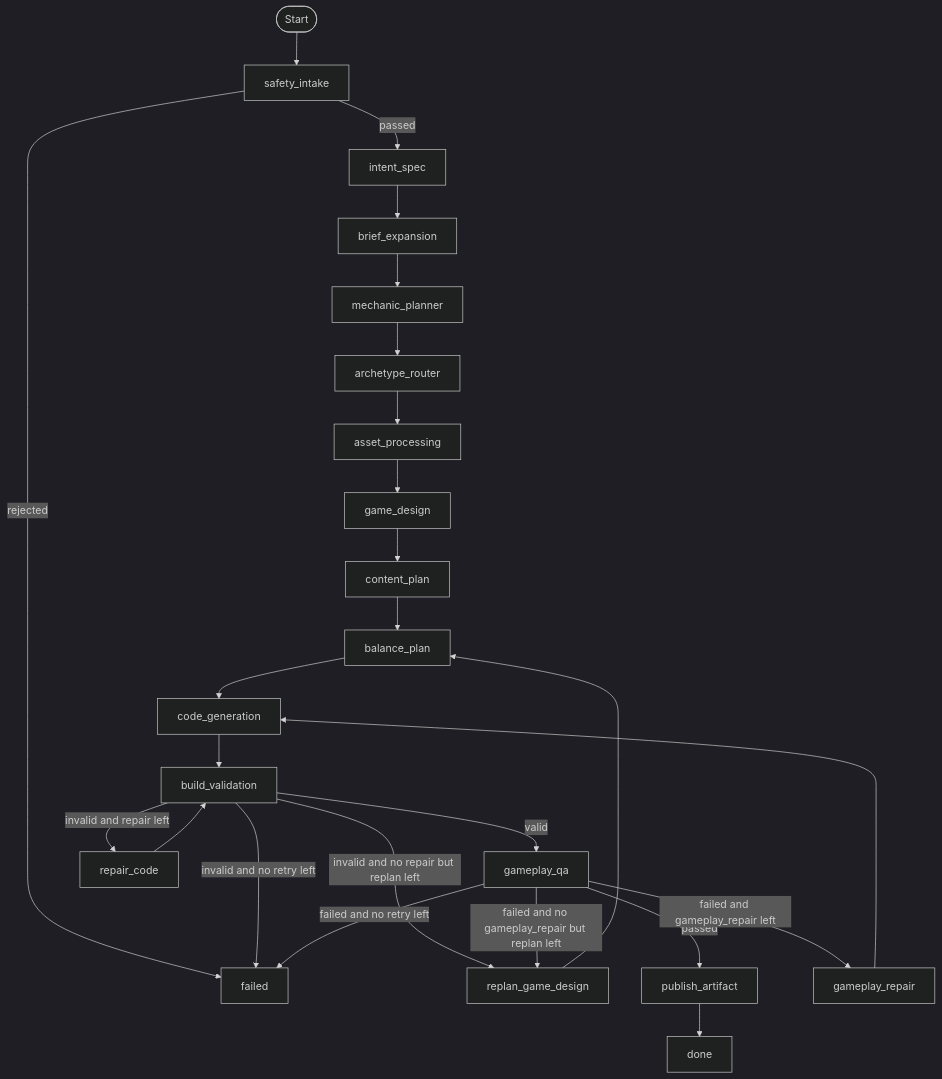
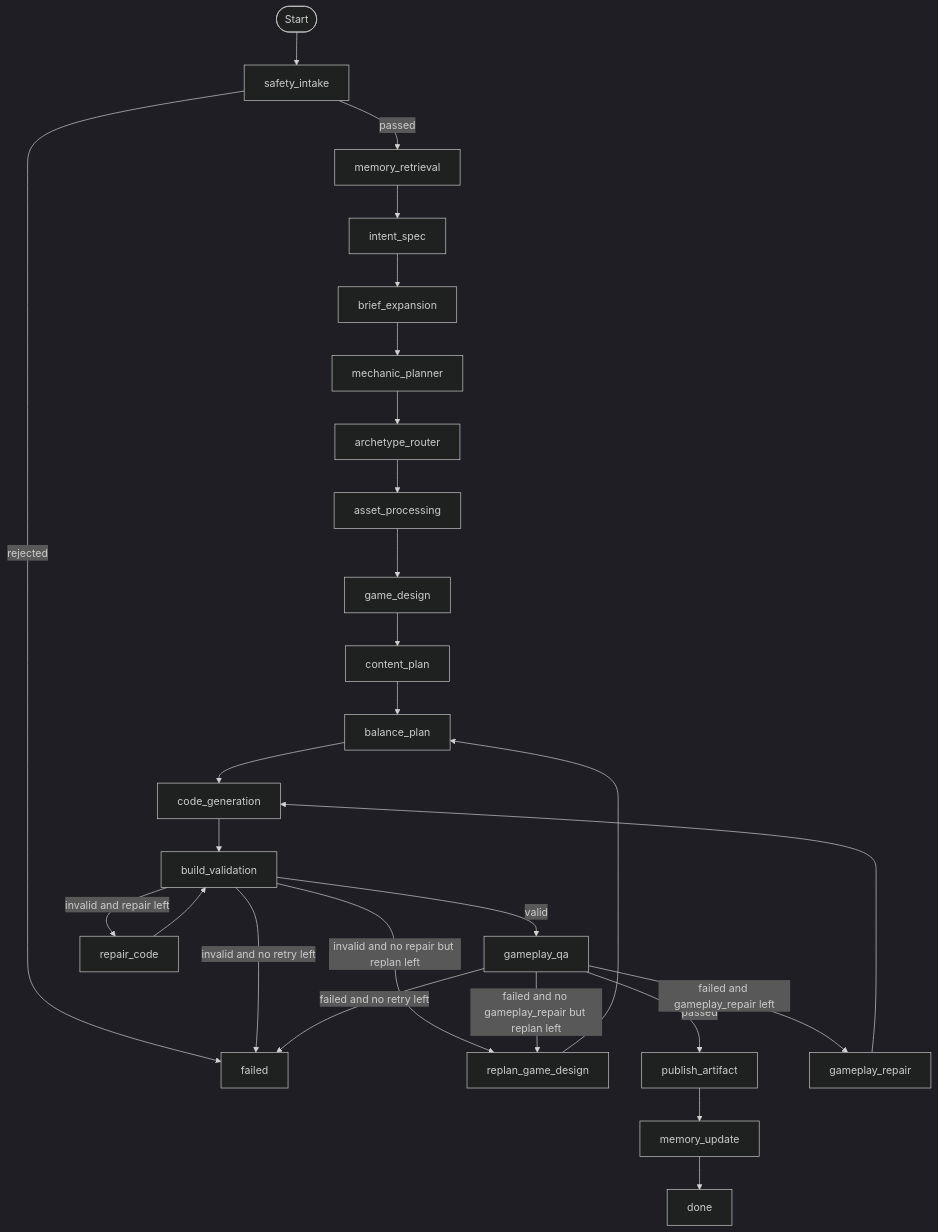
The second of 3 diagrams in docs/multi-agent_design.md (charlie11sun-netizen/yahaha), drawn with Mermaid (dark theme) before and after one commit. The commit also changed other lines of this file and 25 other files, not shown here.

````diff
--- a/docs/multi-agent_design.md
+++ b/docs/multi-agent_design.md
@@ -258,25 +267,27 @@
 ```mermaid
 flowchart TD
   START([Start]) --> A[safety_intake]
-  A -->|passed| B[intent_spec]
+  A -->|passed| M[memory_retrieval]
   A -->|rejected| X[failed]
+  M --> B[intent_spec]
 
   B --> BE[brief_expansion] --> MP[mechanic_planner] --> AR[archetype_router]
   AR --> AS[asset_processing] --> D[game_design] --> CP[content_plan] --> BP[balance_plan]
   BP --> E[code_generation] --> F[build_validation]
 
   F -->|valid| QA[gameplay_qa]
   F -->|invalid and repair left| R[repair_code]
   R --> F
   F -->|invalid and no repair but replan left| RP[replan_game_design]
   F -->|invalid and no retry left| X
 
   QA -->|passed| G[publish_artifact]
   QA -->|failed and gameplay_repair left| GR[gameplay_repair]
   GR --> E
   QA -->|failed and no gameplay_repair but replan left| RP
   QA -->|failed and no retry left| X
 
   RP --> BP
-  G --> H[done]
+  G --> MU[memory_update]
+  MU --> H[done]
 ```
````
